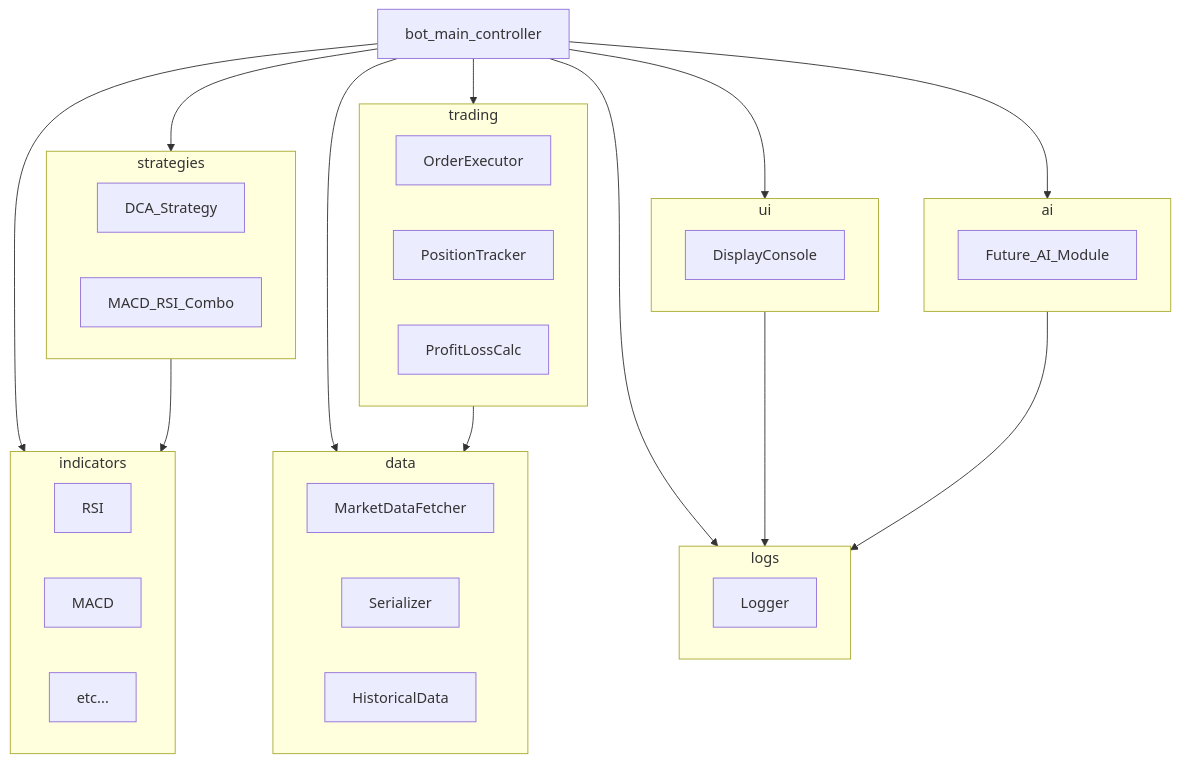
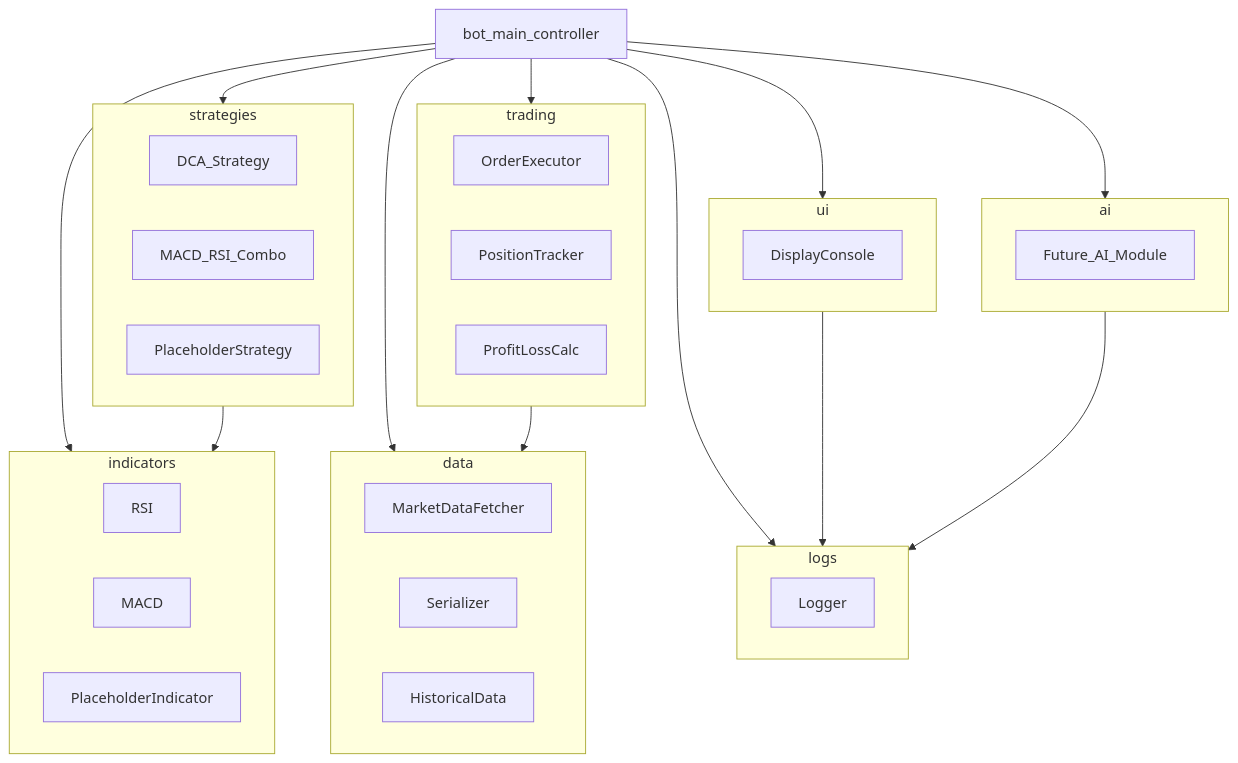
One commit to Roullito/Demo_day_Trading_bot changed the first of 3 diagrams in README.md. Above: the diagram before and after it, drawn with Mermaid. The commit also changed other lines of this file, not shown here.

`````diff
--- a/README.md
+++ b/README.md
@@ -24,53 +24,54 @@
 ```mermaid
 graph TD
     BotMainController["bot_main_controller"]
 
     subgraph indicators
         RSI
         MACD
-        etc...
+        PlaceholderIndicator
     end
 
     subgraph strategies
         DCA_Strategy
         MACD_RSI_Combo
-        etc...
+        PlaceholderStrategy
     end
 
     subgraph data
         MarketDataFetcher
         Serializer
         HistoricalData
     end
 
     subgraph trading
         OrderExecutor
         PositionTracker
         ProfitLossCalc
     end
 
     subgraph logs
         Logger
     end
 
     subgraph ui
         DisplayConsole
     end
 
     subgraph ai
         Future_AI_Module
     end
 
     BotMainController --> indicators
     BotMainController --> strategies
     BotMainController --> data
     BotMainController --> trading
     BotMainController --> logs
     BotMainController --> ui
     BotMainController --> ai
 
     strategies --> indicators
     trading --> data
     ui --> logs
     ai --> logs
+
 ````
`````
